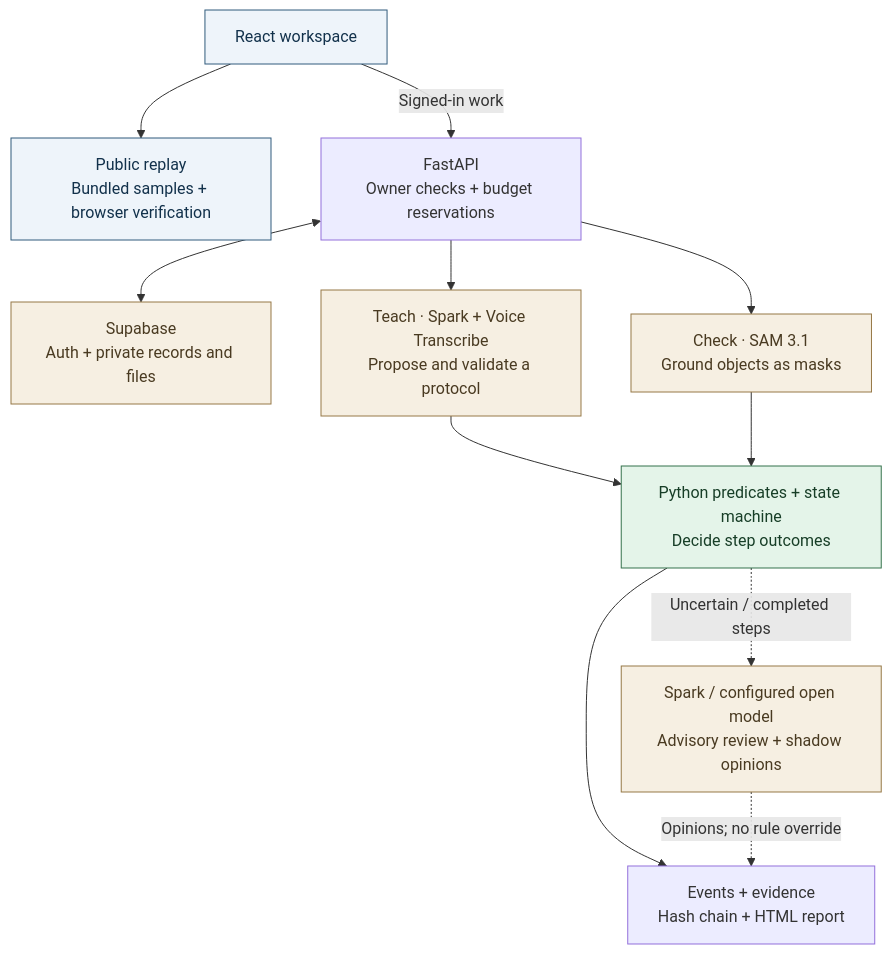
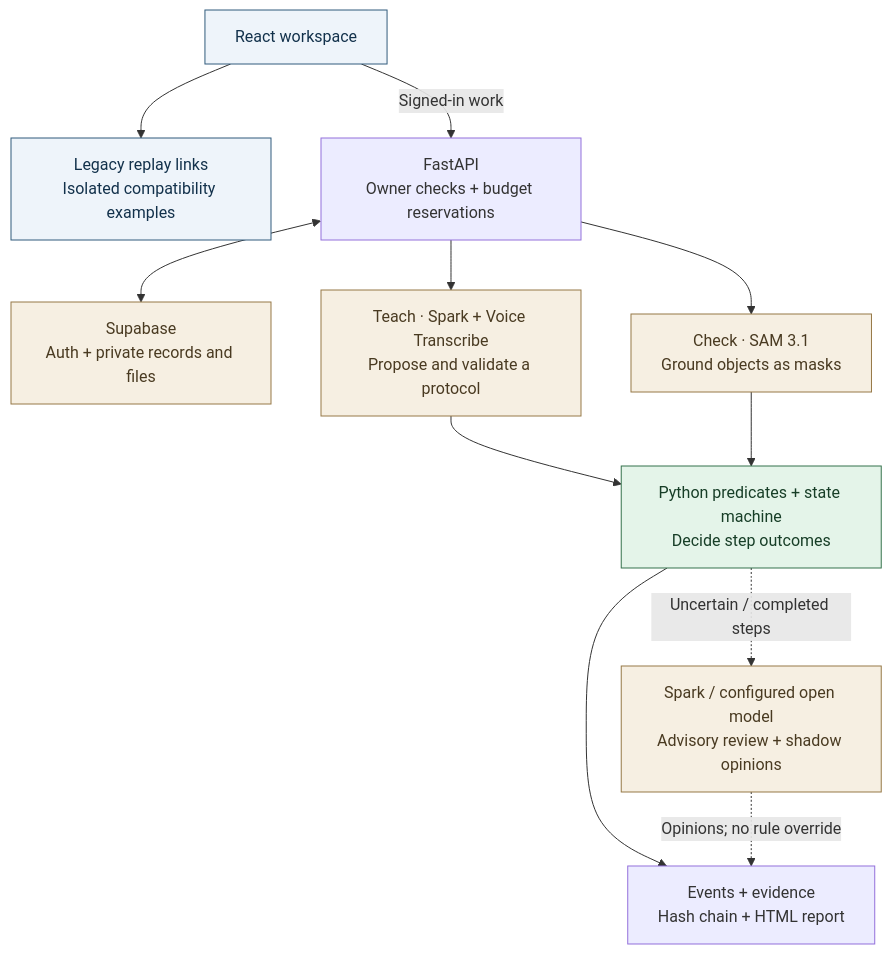
The diagram in README.md (ryanfer123/Meta-Hackathon), drawn with Mermaid before and after one commit. The commit also changed other lines of this file and 32 other files, not shown here.

````diff
--- a/README.md
+++ b/README.md
@@ -63,30 +52,30 @@
 ```mermaid
 flowchart TB
   UI["React workspace"]
-  PUBLIC["Public replay<br/>Bundled samples + browser verification"]
+  PUBLIC["Legacy replay links<br/>Isolated compatibility examples"]
   API["FastAPI<br/>Owner checks + budget reservations"]
   DB["Supabase<br/>Auth + private records and files"]
   TEACH["Teach · Spark + Voice Transcribe<br/>Propose and validate a protocol"]
   TRACK["Check · SAM 3.1<br/>Ground objects as masks"]
   RULES["Python predicates + state machine<br/>Decide step outcomes"]
   REVIEW["Spark / configured open model<br/>Advisory review + shadow opinions"]
   REPORT["Events + evidence<br/>Hash chain + HTML report"]
 
   UI --> PUBLIC
   UI -->|"Signed-in work"| API
   API <--> DB
   API --> TEACH
   API --> TRACK
   TEACH --> RULES
   TRACK --> RULES
   RULES --> REPORT
   RULES -. "Uncertain / completed steps" .-> REVIEW
   REVIEW -. "Opinions; no rule override" .-> REPORT
 
   classDef client fill:#eef4fa,stroke:#315b7c,color:#12314b;
   classDef decision fill:#e4f4e9,stroke:#35724d,color:#173e27;
   classDef provider fill:#f6efe2,stroke:#967947,color:#493a21;
   class UI,PUBLIC client;
   class RULES decision;
   class TEACH,TRACK,REVIEW,DB provider;
 ```
````
